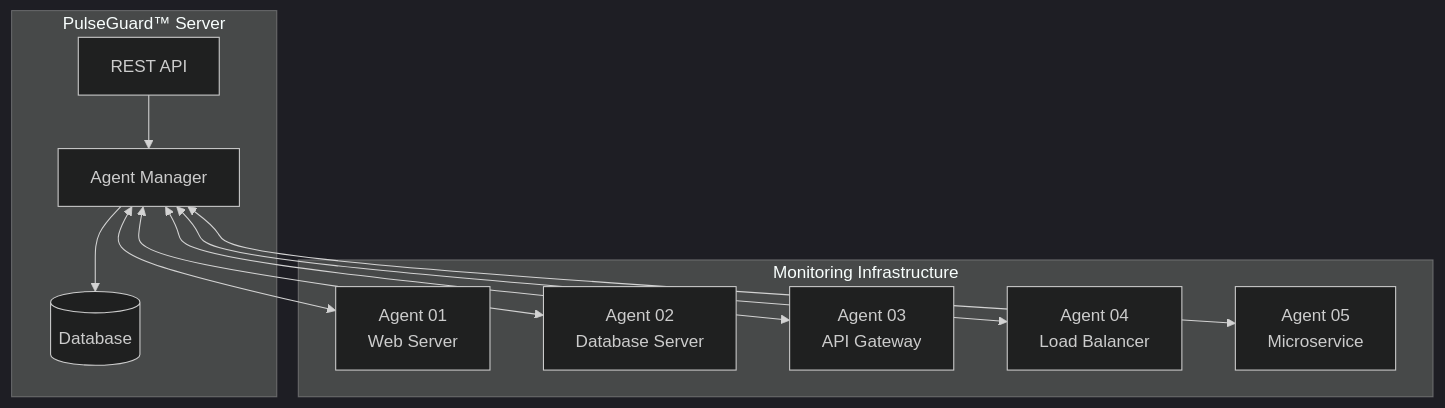
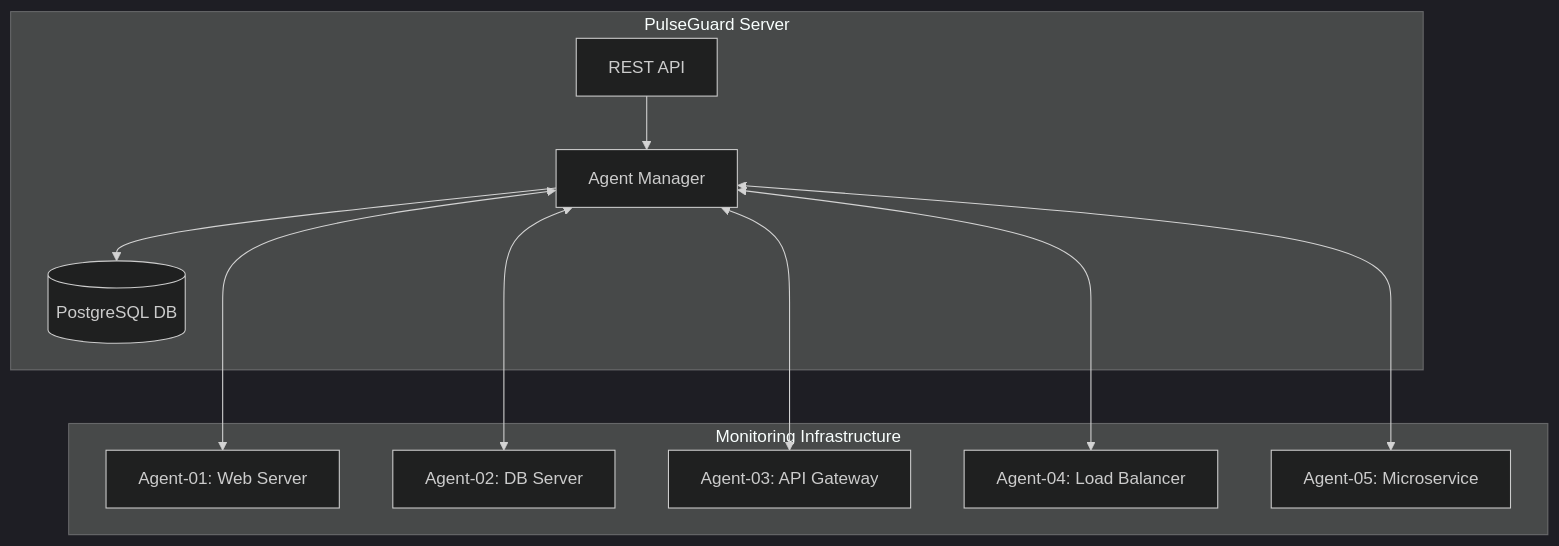
One commit to ShanKonduru/agent_monitor changed the fourth of 9 diagrams in docs/PULSEGUARD_COMPREHENSIVE_DOCUMENTATION.md. Above: the diagram before and after it, drawn with Mermaid (dark theme). The commit also changed other lines of this file and 9338 other files, not shown here.

````diff
--- a/docs/PULSEGUARD_COMPREHENSIVE_DOCUMENTATION.md
+++ b/docs/PULSEGUARD_COMPREHENSIVE_DOCUMENTATION.md
@@ -317,25 +293,25 @@
 ```mermaid
 graph TB
-    subgraph PulseGuardServer [PulseGuard™ Server]
-        AM[Agent Manager]
-        DB[(Database)]
-        API[REST API]
-    end
-    
-    subgraph MonitoringInfrastructure [Monitoring Infrastructure]
-        A1[Agent 01<br/>Web Server]
-        A2[Agent 02<br/>Database Server]
-        A3[Agent 03<br/>API Gateway]
-        A4[Agent 04<br/>Load Balancer]
-        A5[Agent 05<br/>Microservice]
-    end
-    
-    AM <--> A1
-    AM <--> A2
-    AM <--> A3
-    AM <--> A4
-    AM <--> A5
-    
-    AM --> DB
-    API --> AM
+  subgraph PulseGuardServer[PulseGuard Server]
+    AM[Agent Manager]
+    DB[(PostgreSQL DB)]
+    API[REST API]
+  end
+
+  subgraph MonitoringInfrastructure[Monitoring Infrastructure]
+    A1[Agent-01: Web Server]
+    A2[Agent-02: DB Server]
+    A3[Agent-03: API Gateway]
+    A4[Agent-04: Load Balancer]
+    A5[Agent-05: Microservice]
+  end
+
+  AM <---> A1
+  AM <---> A2
+  AM <---> A3
+  AM <---> A4
+  AM <---> A5
+
+  AM --> DB
+  API --> AM
 ```
````
